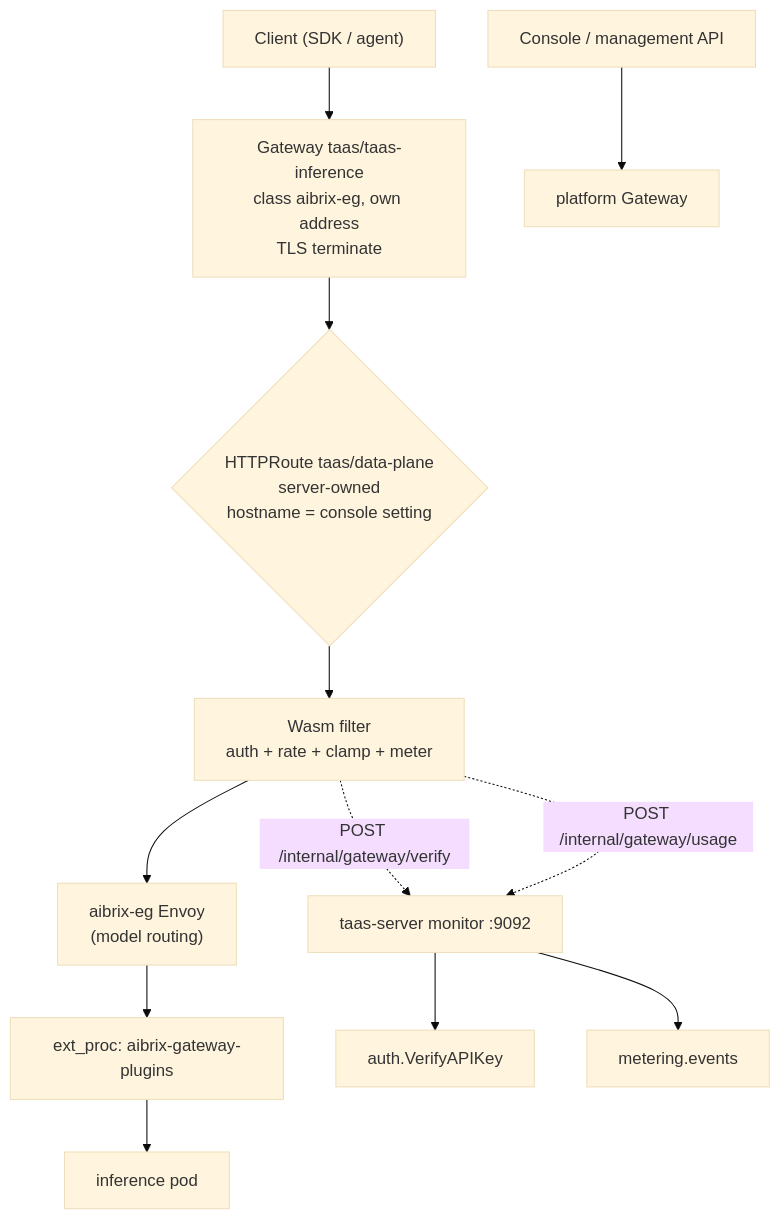
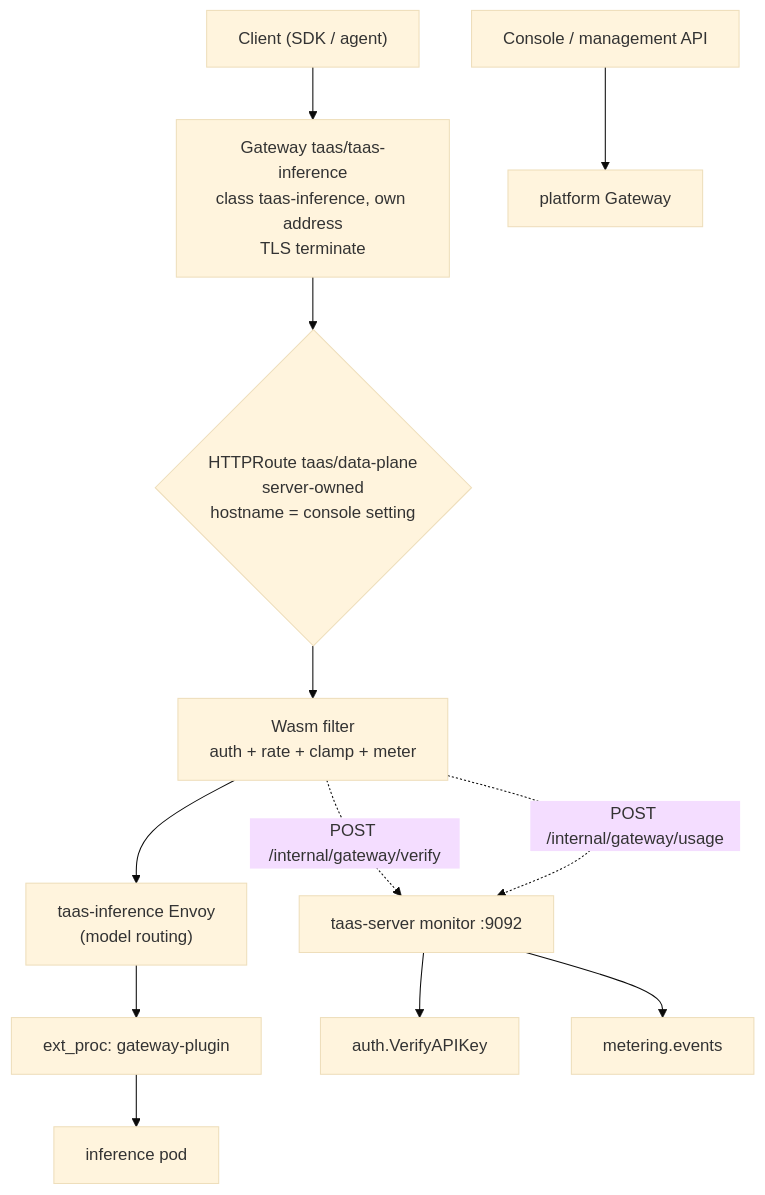
Before and after one commit to go-taas/go-taas: the first of 2 diagrams in site/docs/architecture/data-plane-gateway-plugin.md, drawn with Mermaid (base theme). The commit also changed other lines of this file and 151 other files, not shown here.

````diff
--- a/site/docs/architecture/data-plane-gateway-plugin.md
+++ b/site/docs/architecture/data-plane-gateway-plugin.md
@@ -69,15 +69,15 @@
 ```mermaid
 flowchart TD
-    C["Client (SDK / agent)"] --> GW["Gateway taas/taas-inference<br/>class aibrix-eg, own address<br/>TLS terminate"]
+    C["Client (SDK / agent)"] --> GW["Gateway taas/taas-inference<br/>class taas-inference, own address<br/>TLS terminate"]
     GW --> DP{"HTTPRoute taas/data-plane<br/>server-owned<br/>hostname = console setting"}
     DP --> WASM["Wasm filter<br/>auth + rate + clamp + meter"]
-    WASM --> AIB["aibrix-eg Envoy<br/>(model routing)"]
-    AIB --> EXT["ext_proc: aibrix-gateway-plugins"]
+    WASM --> AIB["taas-inference Envoy<br/>(model routing)"]
+    AIB --> EXT["ext_proc: gateway-plugin"]
     EXT --> POD["inference pod"]
     WASM -.->|POST /internal/gateway/verify| API["taas-server monitor :9092"]
     WASM -.->|POST /internal/gateway/usage| API
     API --> AUTH["auth.VerifyAPIKey"]
     API --> MQ["metering.events"]
 
     CON["Console / management API"] --> PGW["platform Gateway"]
 ```
````
